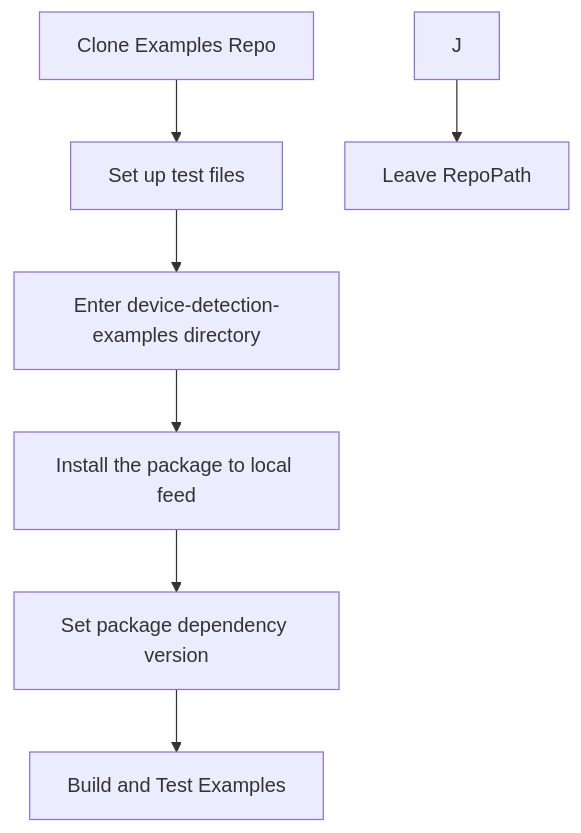
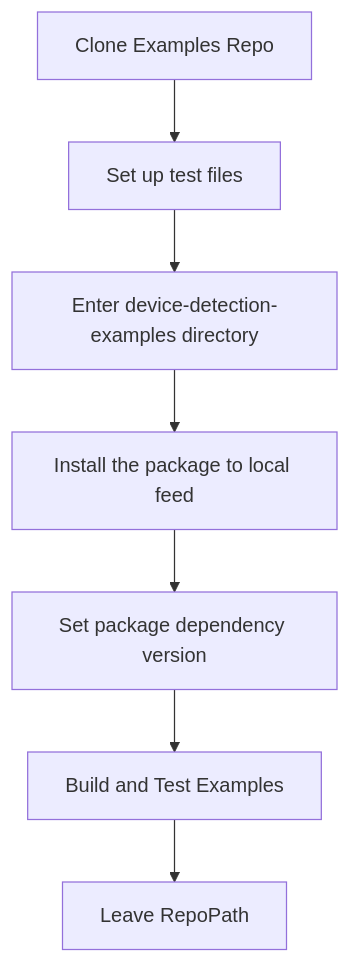
The diagram in ci/README.md (51Degrees/device-detection-dotnet), drawn with Mermaid before and after one commit. The commit also changed other lines of this file, not shown here.

````diff
--- a/ci/README.md
+++ b/ci/README.md
@@ -15,10 +19,10 @@
 ```mermaid
 graph TD
     B[Clone Examples Repo]
     B --> C[Set up test files]
     C --> F[Enter device-detection-examples directory]
     F --> G[Install the package to local feed]
     G --> H[Set package dependency version]
     H --> I[Build and Test Examples]
-    J --> K[Leave RepoPath]
+    I --> J[Leave RepoPath]
 ```
````
